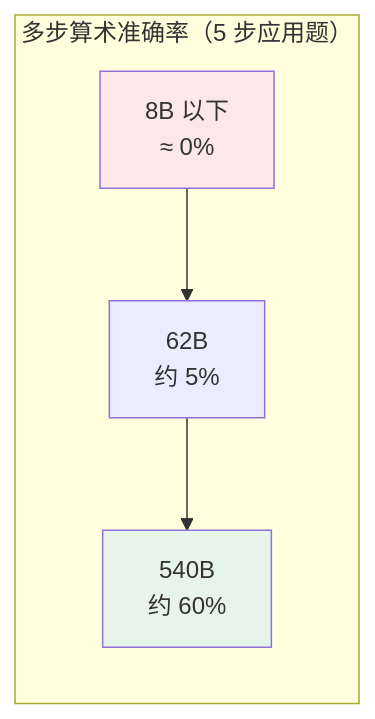
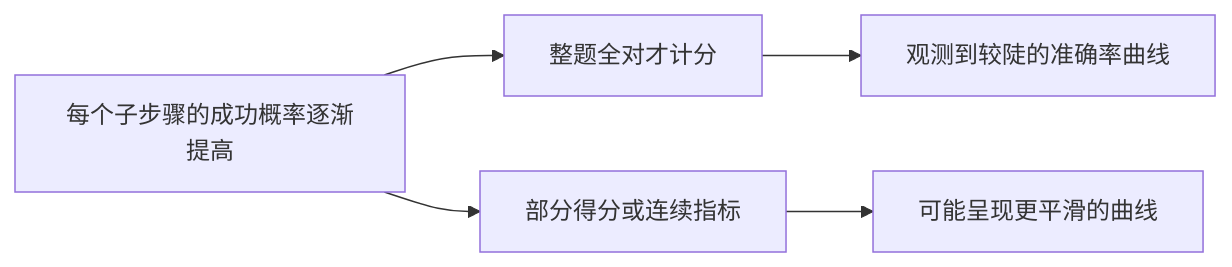
One commit to oneleaveknowsthefall/awesome-ai-roadmap changed the second of 2 diagrams in docs/llm/01-foundations/01-what-is-llm.md. Above: the diagram before and after it, drawn with Mermaid. The commit also changed other lines of this file and 45 other files, not shown here.

````diff
--- a/docs/llm/01-foundations/01-what-is-llm.md
+++ b/docs/llm/01-foundations/01-what-is-llm.md
@@ -164,10 +100,7 @@
 ```mermaid
 flowchart LR
-    subgraph EX["多步算术准确率（5 步应用题）"]
-        A["8B 以下<br/>≈ 0%"] --> B["62B<br/>约 5%"]
-        B --> C["540B<br/>约 60%"]
-    end
-
-    style A fill:#fce8e6
-    style C fill:#e6f4ea
+    A["每个子步骤的成功概率逐渐提高"] --> B["整题全对才计分"]
+    B --> C["观测到较陡的准确率曲线"]
+    A --> D["部分得分或连续指标"]
+    D --> E["可能呈现更平滑的曲线"]
 ```
````
